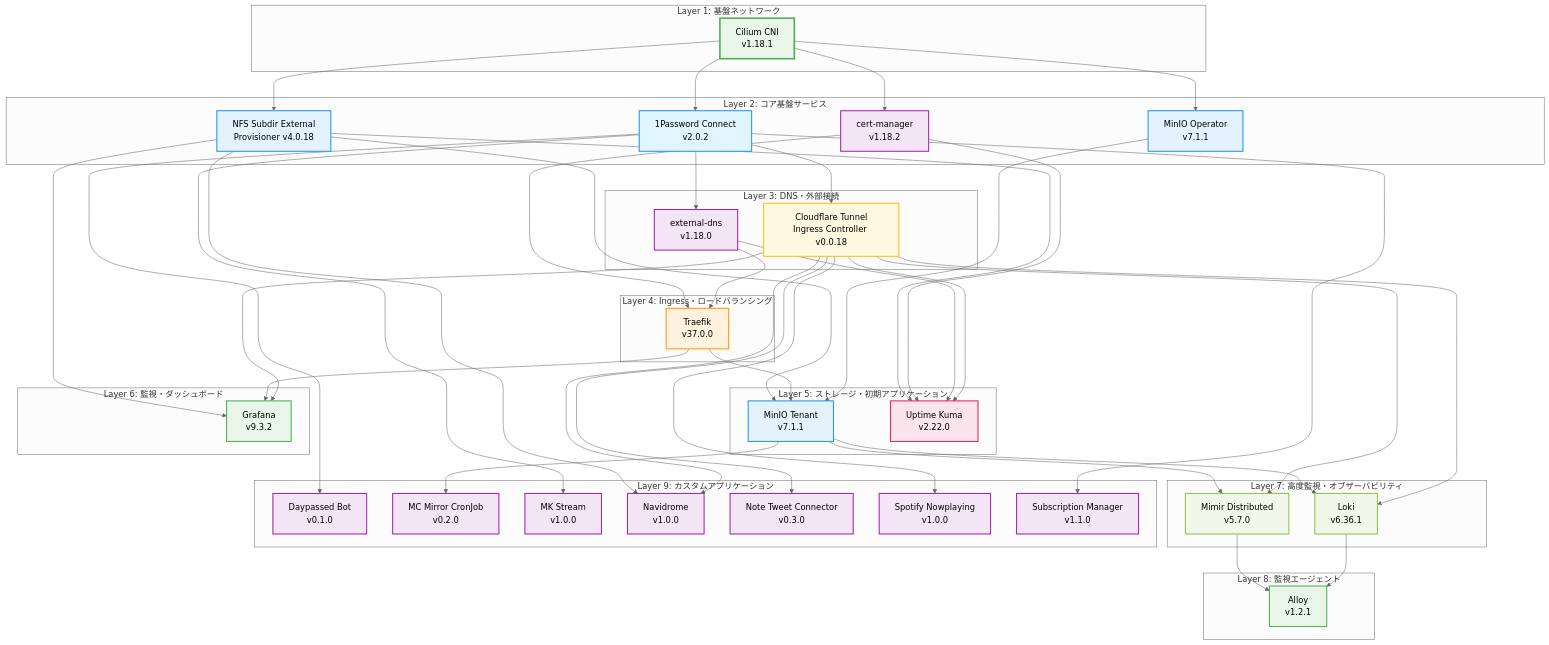
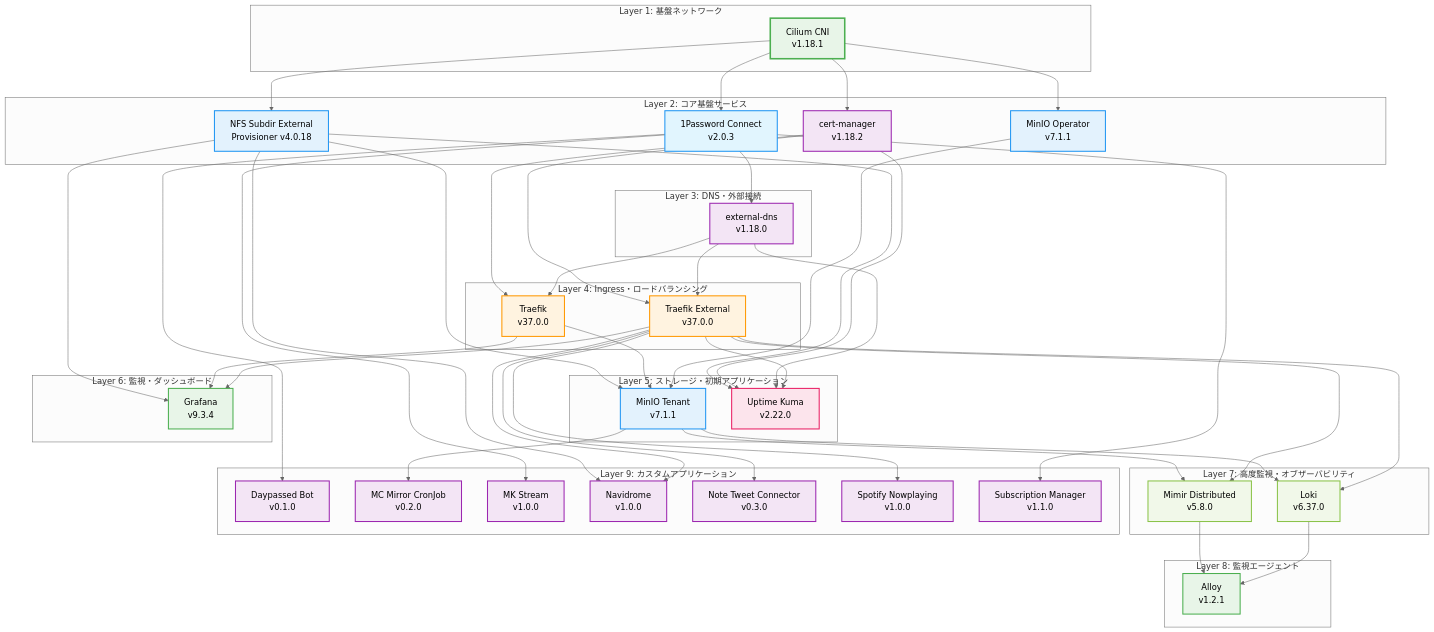
One commit to Soli0222/pke changed the diagram in helmfile/README.md. Above: the diagram before and after it, drawn with Mermaid (neutral theme). The commit also changed other lines of this file, not shown here.

Commit message:
Fix helmfile README - remove all cloudflare-tunnel references and correct dependencies

```diff
--- a/helmfile/README.md
+++ b/helmfile/README.md
@@ -111,7 +108,7 @@
 
     %% レイヤー2: コア基盤サービス
     subgraph "Layer 2: コア基盤サービス"
-        Connect[1Password Connect<br/>v2.0.2]
+        Connect[1Password Connect<br/>v2.0.3]
         CertManager[cert-manager<br/>v1.18.2]
         NFSProvisioner[NFS Subdir External<br/>Provisioner v4.0.18]
         MinIOOperator[MinIO Operator<br/>v7.1.1]
@@ -120,12 +117,12 @@
     %% レイヤー3: DNS・外部接続
     subgraph "Layer 3: DNS・外部接続"
         ExternalDNS[external-dns<br/>v1.18.0]
-        CFTunnel[Cloudflare Tunnel<br/>Ingress Controller v0.0.18]
     end
 
     %% レイヤー4: Ingress・ロードバランシング
     subgraph "Layer 4: Ingress・ロードバランシング"
         Traefik[Traefik<br/>v37.0.0]
+        TraefikExt[Traefik External<br/>v37.0.0]
     end
 
     %% レイヤー5: ストレージ・初期アプリケーション
@@ -136,13 +133,13 @@
 
     %% レイヤー6: 監視・ダッシュボード
     subgraph "Layer 6: 監視・ダッシュボード"
-        Grafana[Grafana<br/>v9.3.2]
+        Grafana[Grafana<br/>v9.3.4]
     end
 
     %% レイヤー7: 高度監視・オブザーバビリティ
     subgraph "Layer 7: 高度監視・オブザーバビリティ"
-        Mimir[Mimir Distributed<br/>v5.7.0]
-        Loki[Loki<br/>v6.36.1]
+        Mimir[Mimir Distributed<br/>v5.8.0]
+        Loki[Loki<br/>v6.37.0]
     end
 
     %% レイヤー8: 監視エージェント
@@ -170,11 +167,12 @@
 
     %% DNS・外部接続の依存関係
     Connect --> ExternalDNS
-    Connect --> CFTunnel
 
     %% Traefik依存関係
     CertManager --> Traefik
     ExternalDNS --> Traefik
+    CertManager --> TraefikExt
+    ExternalDNS --> TraefikExt
 
     %% MinIO Tenant依存関係
     NFSProvisioner --> MinIOTenant
@@ -185,18 +183,18 @@
     NFSProvisioner --> UptimeKuma
     CertManager --> UptimeKuma
     ExternalDNS --> UptimeKuma
-    CFTunnel --> UptimeKuma
+    TraefikExt --> UptimeKuma
 
     %% Grafana依存関係
     NFSProvisioner --> Grafana
     Traefik --> Grafana
-    CFTunnel --> Grafana
+    TraefikExt --> Grafana
 
     %% 高度監視スタック依存関係
     MinIOTenant --> Mimir
-    CFTunnel --> Mimir
+    TraefikExt --> Mimir
     MinIOTenant --> Loki
-    CFTunnel --> Loki
+    TraefikExt --> Loki
 
     %% 監視エージェント依存関係
     Mimir --> Alloy
@@ -207,9 +205,9 @@
     MinIOTenant --> MCMirror
     Connect --> MKStream
     NFSProvisioner --> Navidrome
-    CFTunnel --> Navidrome
-    CFTunnel --> NoteTweet
-    CFTunnel --> SpotifyNP
+    TraefikExt --> Navidrome
+    TraefikExt --> NoteTweet
+    TraefikExt --> SpotifyNP
     Connect --> SubManager
 
     %% スタイリング
@@ -219,8 +217,9 @@
     style NFSProvisioner fill:#e3f2fd,stroke:#2196f3,stroke-width:2px
     style MinIOOperator fill:#e3f2fd,stroke:#2196f3,stroke-width:2px
     style ExternalDNS fill:#f3e5f5,stroke:#9c27b0,stroke-width:2px
-    style CFTunnel fill:#fff8e1,stroke:#ffc107,stroke-width:2px
+    style ExternalDNS fill:#f3e5f5,stroke:#9c27b0,stroke-width:2px
     style Traefik fill:#fff3e0,stroke:#ff9800,stroke-width:2px
+    style TraefikExt fill:#fff3e0,stroke:#ff9800,stroke-width:2px
     style MinIOTenant fill:#e3f2fd,stroke:#2196f3,stroke-width:2px
     style UptimeKuma fill:#fce4ec,stroke:#e91e63,stroke-width:2px
     style Grafana fill:#e8f5e8,stroke:#4caf50,stroke-width:2px
```
